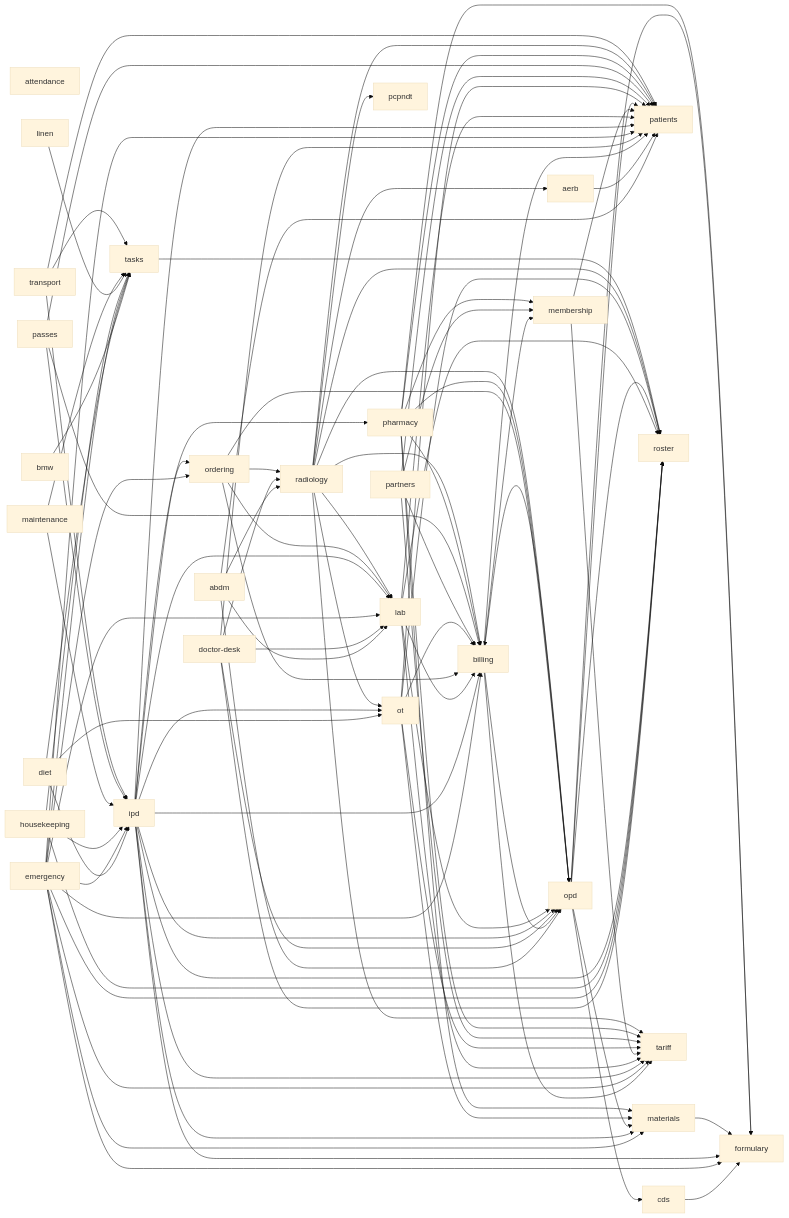
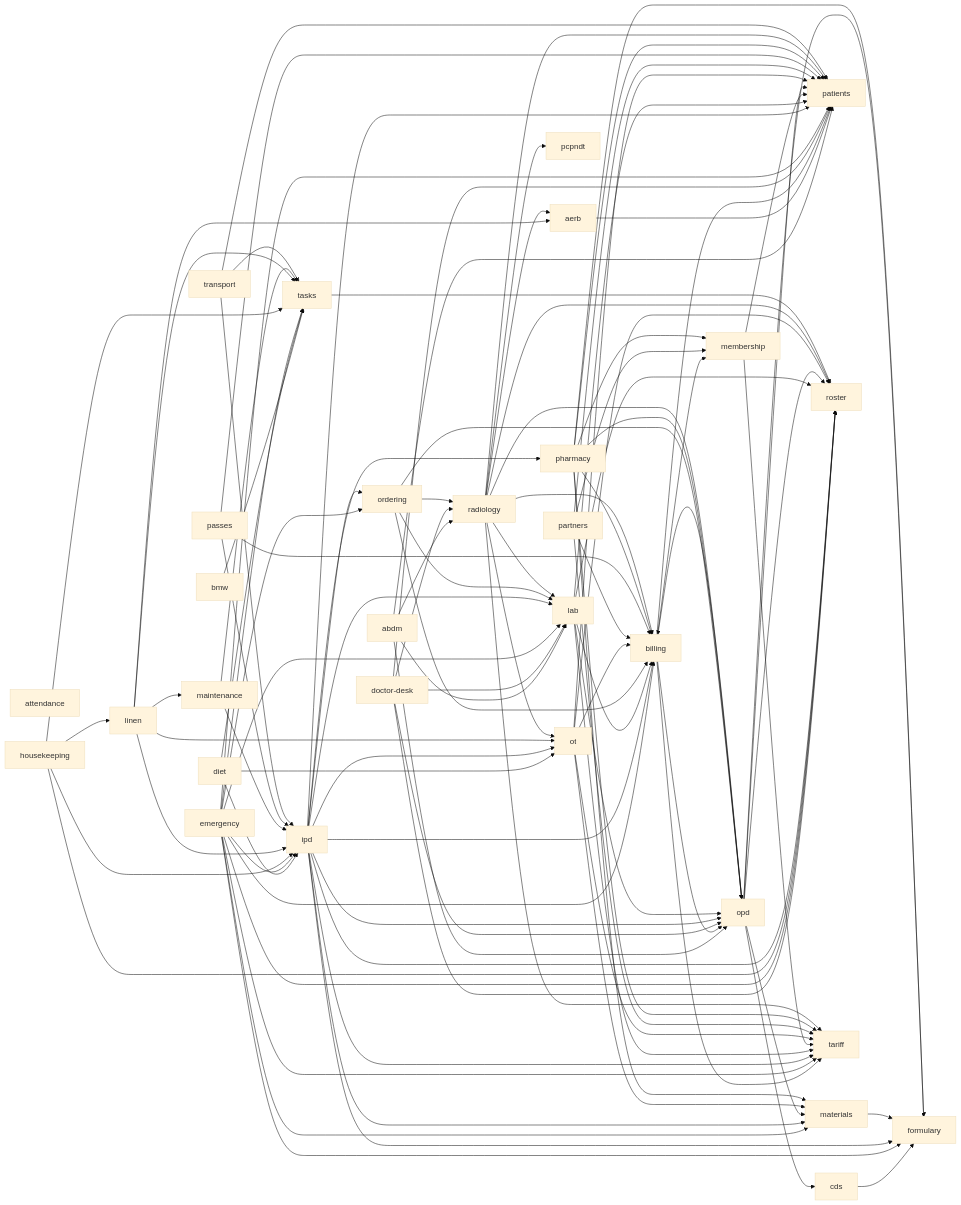
One commit to ankits3a/hims-hmis changed the second of 2 diagrams in docs/architecture/README.md. Above: the diagram before and after it, drawn with Mermaid (base theme). The commit also changed other lines of this file and 9 other files, not shown here.

First line of the commit message:
docs(linen): spec #978 built — build notes; regenerate the architecture map (#978)

```diff
--- a/docs/architecture/README.md
+++ b/docs/architecture/README.md
@@ -90,6 +90,7 @@
   emergency --> tariff
   emergency --> tasks
   housekeeping --> ipd
+  housekeeping --> linen
   housekeeping --> roster
   housekeeping --> tasks
   ipd --> billing
@@ -108,6 +109,10 @@
   lab --> patients
   lab --> roster
   lab --> tariff
+  linen --> aerb
+  linen --> ipd
+  linen --> maintenance
+  linen --> ot
   linen --> tasks
   maintenance --> ipd
   maintenance --> tasks
```
